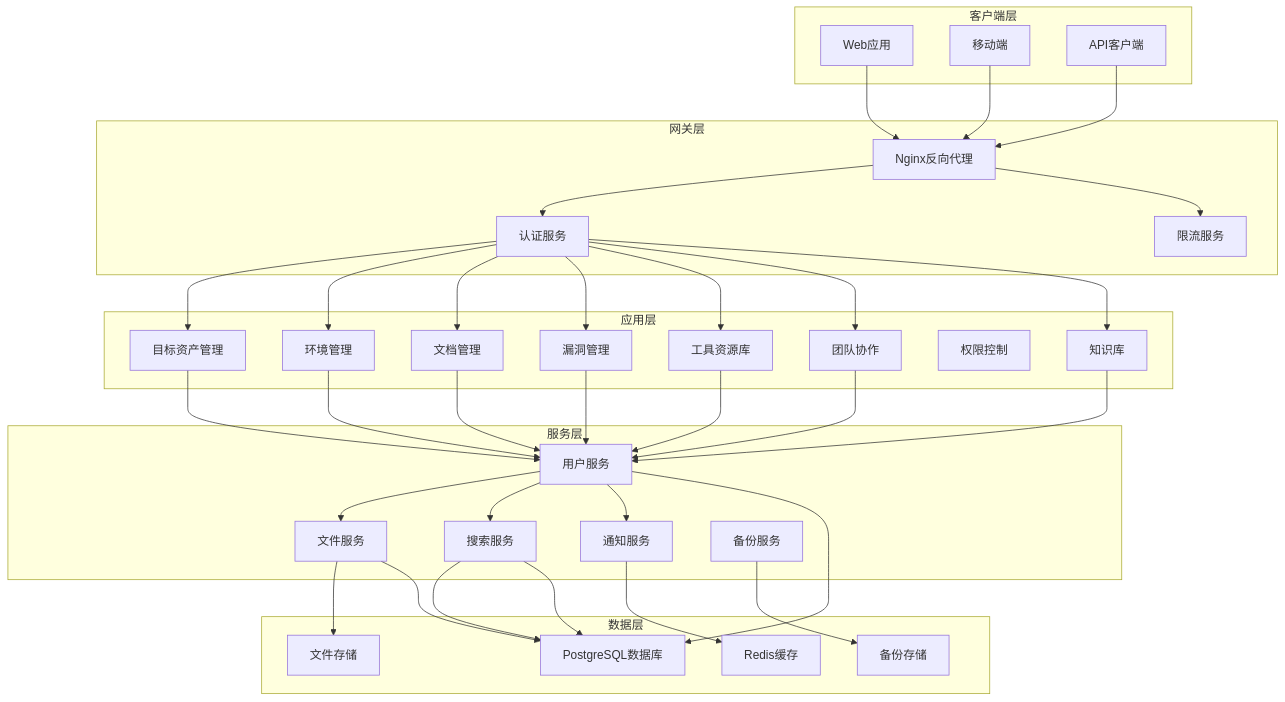
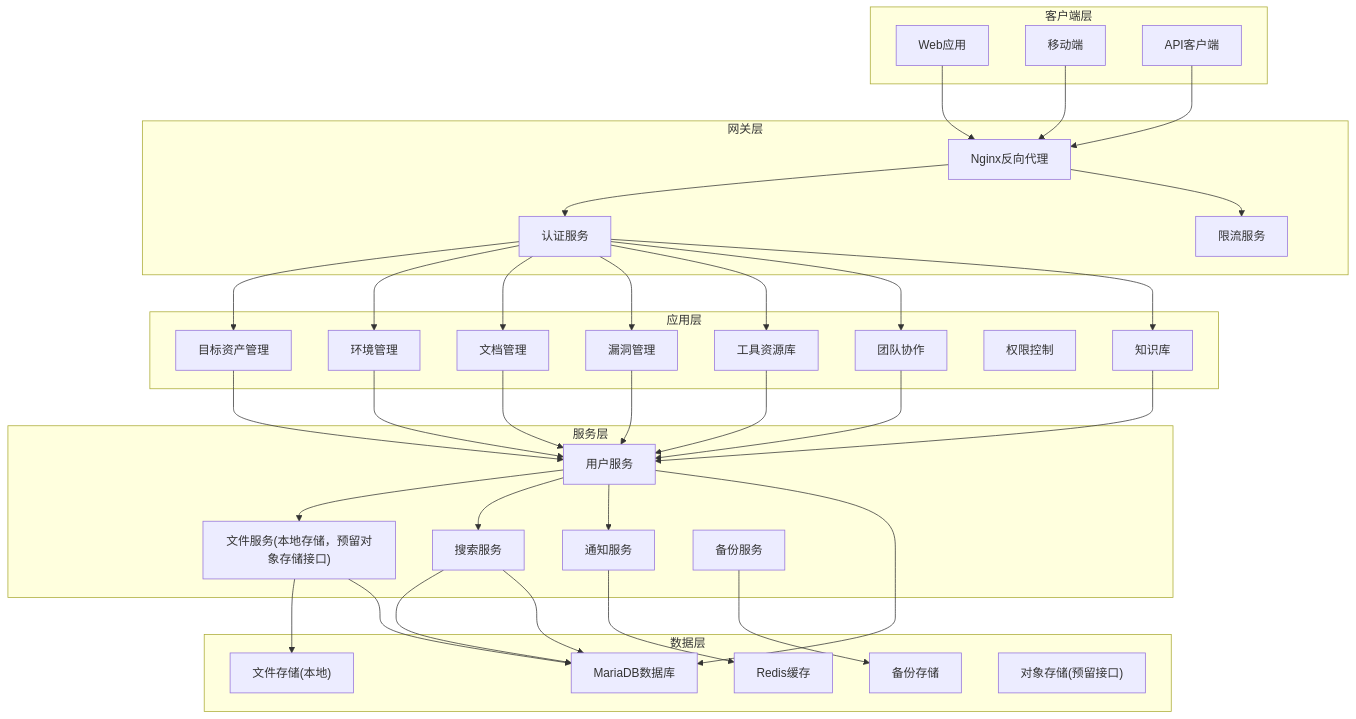
One commit to dayutech/Vuln-Audit-Lifecycle-Management changed the first of 5 diagrams in docs/design/architecture.md. Above: the diagram before and after it, drawn with Mermaid. The commit also changed other lines of this file and 46 other files, not shown here.

````diff
--- a/docs/design/architecture.md
+++ b/docs/design/architecture.md
@@ -5,75 +5,76 @@
 ```mermaid
 graph TB
     subgraph Client_Layer["客户端层"]
         Web["Web应用"]
         Mobile["移动端"]
         API_Client["API客户端"]
     end
 
     subgraph Gateway_Layer["网关层"]
         Nginx["Nginx反向代理"]
         Auth["认证服务"]
         Rate["限流服务"]
     end
 
     subgraph App_Layer["应用层"]
         Asset_Module["目标资产管理"]
         Env_Module["环境管理"]
         Doc_Module["文档管理"]
         Vuln_Module["漏洞管理"]
         Tool_Module["工具资源库"]
         Team_Module["团队协作"]
         Auth_Module["权限控制"]
         Knowledge_Module["知识库"]
     end
 
     subgraph Service_Layer["服务层"]
         User_Service["用户服务"]
-        File_Service["文件服务"]
+        File_Service["文件服务(本地存储，预留对象存储接口)"]
         Search_Service["搜索服务"]
         Notification_Service["通知服务"]
         Backup_Service["备份服务"]
     end
 
     subgraph Data_Layer["数据层"]
-        PostgreSQL["PostgreSQL数据库"]
+        MariaDB["MariaDB数据库"]
         Redis["Redis缓存"]
-        File_Store["文件存储"]
+        File_Store["文件存储(本地)"]
         Backup_Store["备份存储"]
+        ObjectStorage["对象存储(预留接口)"]
     end
 
     Web --> Nginx
     Mobile --> Nginx
     API_Client --> Nginx
     
     Nginx --> Auth
     Nginx --> Rate
     Auth --> Asset_Module
     Auth --> Env_Module
     Auth --> Doc_Module
     Auth --> Vuln_Module
     Auth --> Tool_Module
     Auth --> Team_Module
     Auth --> Knowledge_Module
     
     Asset_Module --> User_Service
     Env_Module --> User_Service
     Doc_Module --> User_Service
     Vuln_Module --> User_Service
     Tool_Module --> User_Service
     Team_Module --> User_Service
     Knowledge_Module --> User_Service
     
     User_Service --> File_Service
     User_Service --> Search_Service
     User_Service --> Notification_Service
     
     File_Service --> File_Store
-    Search_Service --> PostgreSQL
+    Search_Service --> MariaDB
     Notification_Service --> Redis
     Backup_Service --> Backup_Store
     
-    User_Service --> PostgreSQL
-    File_Service --> PostgreSQL
-    Search_Service --> PostgreSQL
+    User_Service --> MariaDB
+    File_Service --> MariaDB
+    Search_Service --> MariaDB
 ```
````
